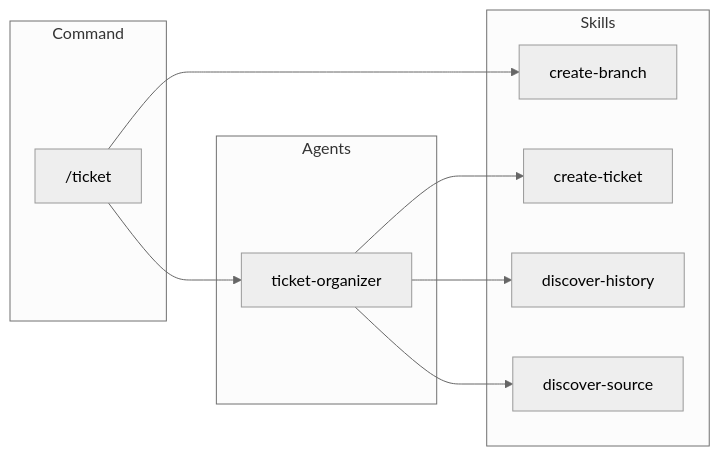
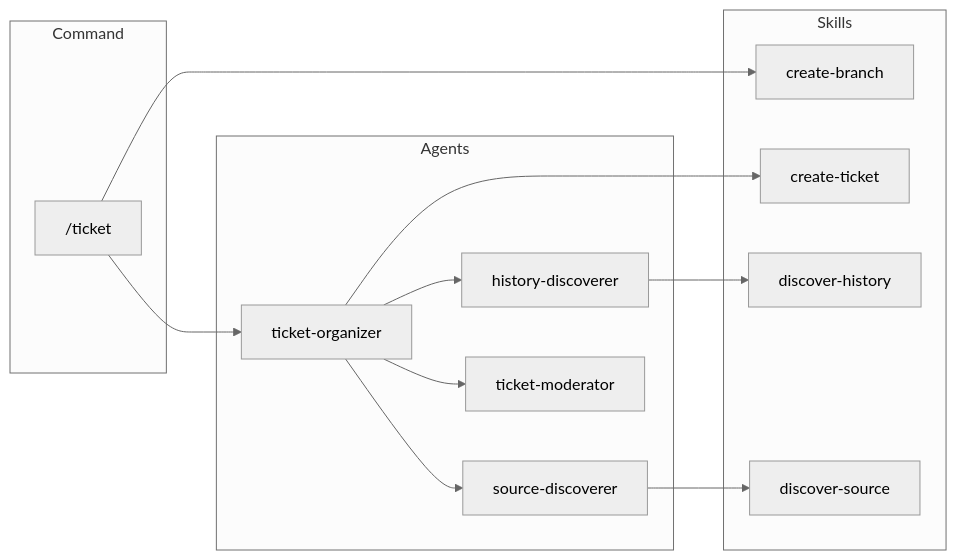
The second of 6 diagrams in .workaholic/specs/architecture.md (qmu/workaholic), drawn with Mermaid (neutral theme) before and after one commit. The commit also changed other lines of this file and 2 other files, not shown here.

First line of the commit message:
Update architecture spec with new agents and skills

````diff
--- a/.workaholic/specs/architecture.md
+++ b/.workaholic/specs/architecture.md
@@ -157,22 +179,29 @@
 ```mermaid
 flowchart LR
     subgraph Command
         ticket["/ticket"]
     end
 
     subgraph Agents
         to[ticket-organizer]
+        hd[history-discoverer]
+        sd[source-discoverer]
+        tm[ticket-moderator]
     end
 
     subgraph Skills
         cb[create-branch]
         ct[create-ticket]
         dh[discover-history]
         ds[discover-source]
     end
 
     ticket --> cb
     ticket --> to
 
-    to --> ct & dh & ds
+    to --> hd & sd & tm
+    to --> ct
+
+    hd --> dh
+    sd --> ds
 ```
````
